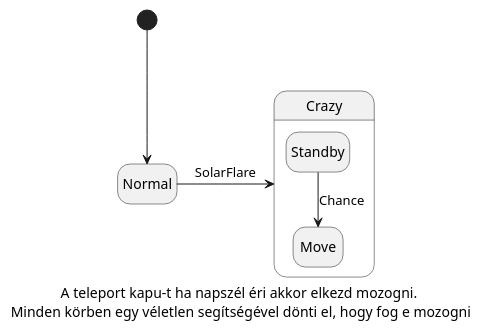
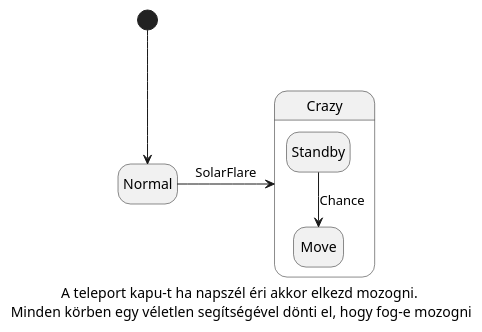
Before and after one commit to viseguard-studios/Documentation: the diagram in docs/bead07/Diagrams/TG-SolarFlare.puml, drawn with PlantUML. The commit also changed 2 other files, not shown here.

```diff
--- a/docs/bead07/Diagrams/TG-SolarFlare.puml
+++ b/docs/bead07/Diagrams/TG-SolarFlare.puml
@@ -1,20 +1,20 @@
 @startuml
 hide empty description
 
 state Normal
 [*] --> Normal
 
 Normal -> Crazy : SolarFlare
 state Crazy{
     state Standby
     state Move
 
     Standby --> Move : Chance
 }
 
 
-caption A teleport kapu-t ha napszél éri akkor elkezd mozogni.\n Minden körben egy véletlen segítségével dönti el, hogy fog e mozogni
+caption A teleport kapu-t ha napszél éri akkor elkezd mozogni.\n Minden körben egy véletlen segítségével dönti el, hogy fog-e mozogni
 
 
 
 @enduml
```
